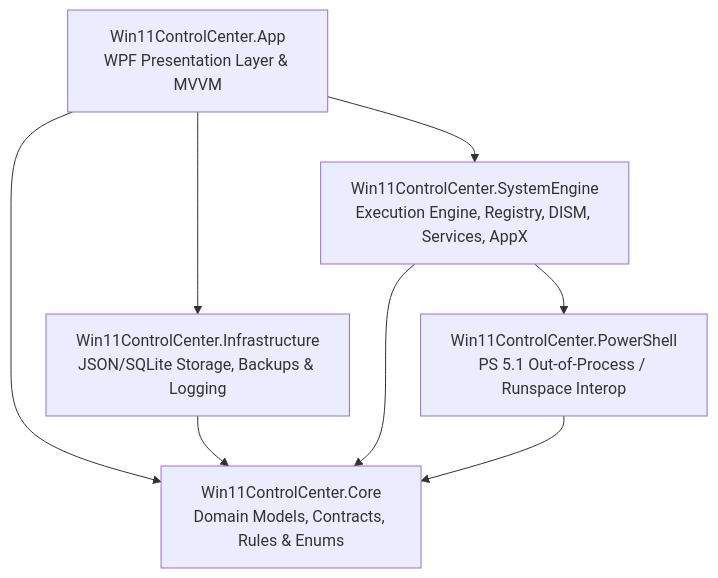
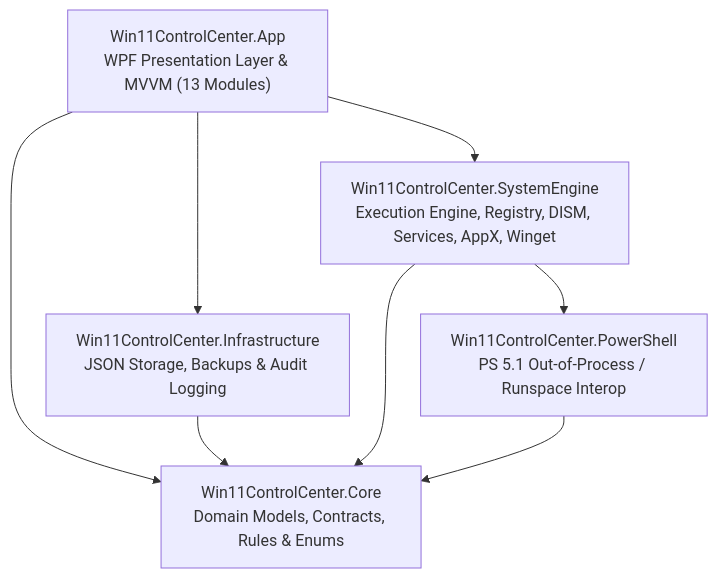
The first of 2 diagrams in docs/ARCHITECTURE.md (parasherdhruv/windows-11debloater), drawn with Mermaid before and after one commit. The commit also changed other lines of this file and 6 other files, not shown here.

Commit message:
docs: add architectural, feature, safety, and rollback documentation and update project guides

````diff
--- a/docs/ARCHITECTURE.md
+++ b/docs/ARCHITECTURE.md
@@ -21,11 +21,11 @@
 ```mermaid
 graph TD
-    UI[Win11ControlCenter.App\nWPF Presentation Layer & MVVM] --> Core[Win11ControlCenter.Core\nDomain Models, Contracts, Rules & Enums]
-    UI --> Infra[Win11ControlCenter.Infrastructure\nJSON/SQLite Storage, Backups & Logging]
-    UI --> SysEng[Win11ControlCenter.SystemEngine\nExecution Engine, Registry, DISM, Services, AppX]
+    UI["Win11ControlCenter.App<br/>WPF Presentation Layer & MVVM (13 Modules)"] --> Core["Win11ControlCenter.Core<br/>Domain Models, Contracts, Rules & Enums"]
+    UI --> Infra["Win11ControlCenter.Infrastructure<br/>JSON Storage, Backups & Audit Logging"]
+    UI --> SysEng["Win11ControlCenter.SystemEngine<br/>Execution Engine, Registry, DISM, Services, AppX, Winget"]
     
     Infra --> Core
     SysEng --> Core
-    SysEng --> PS[Win11ControlCenter.PowerShell\nPS 5.1 Out-of-Process / Runspace Interop]
+    SysEng --> PS["Win11ControlCenter.PowerShell<br/>PS 5.1 Out-of-Process / Runspace Interop"]
     PS --> Core
 ```
````
